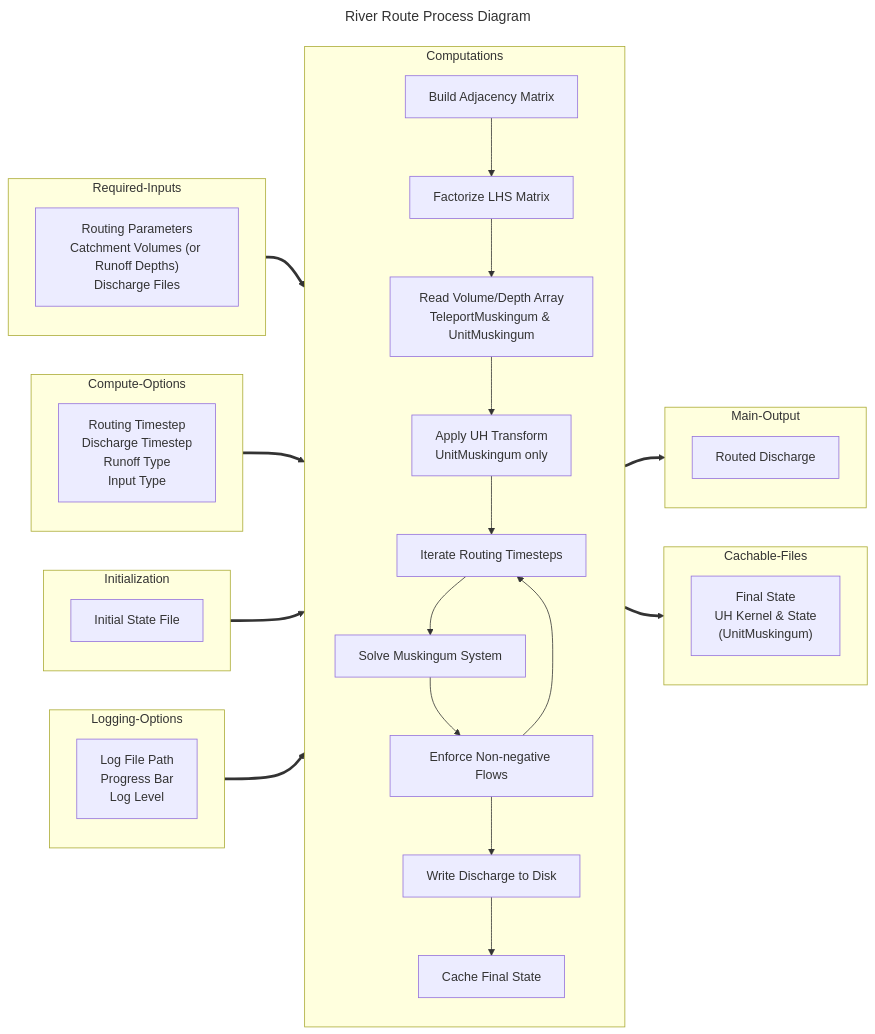
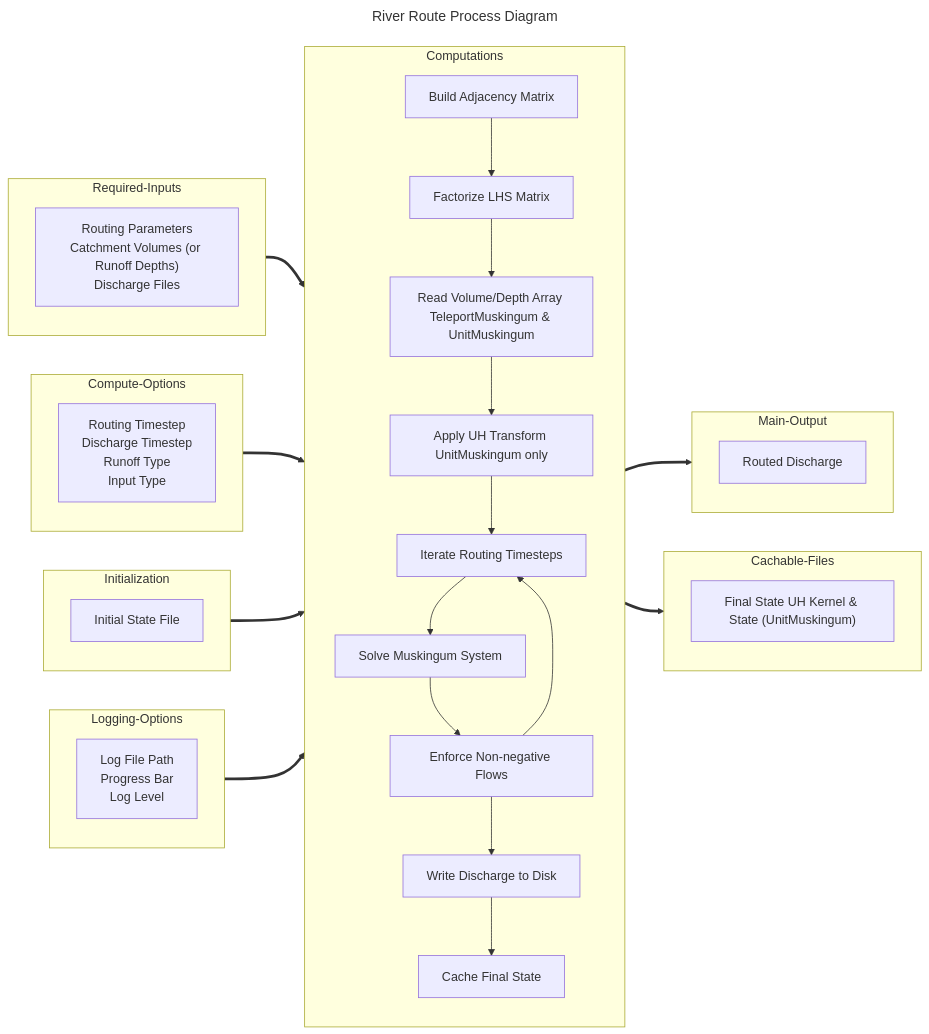
One commit to rileyhales/river-route changed the first of 3 diagrams in docs/index.md. Above: the diagram before and after it, drawn with Mermaid. The commit also changed other lines of this file and 15 other files, not shown here.

````diff
--- a/docs/index.md
+++ b/docs/index.md
@@ -40,45 +40,45 @@
 ```mermaid
 ---
 title: River Route Process Diagram
 ---
 graph LR
     subgraph "Required-Inputs"
         Inputs["Routing Parameters\nCatchment Volumes (or Runoff Depths)\nDischarge Files"]
     end
 
     subgraph "Compute-Options"
         co1["Routing Timestep\nDischarge Timestep\nRunoff Type\nInput Type"]
     end
 
     subgraph "Initialization"
         i1["Initial State File"]
     end
 
     subgraph "Logging-Options"
         management["Log File Path\nProgress Bar\nLog Level"]
     end
 
     subgraph "Computations"
     direction TB
     a[Build Adjacency Matrix] --> b
     b[Factorize LHS Matrix] --> c
-    c[Read Volume/Depth Array\nTeleportMuskingum & UnitMuskingum] --> d
-    d[Apply UH Transform\nUnitMuskingum only] --> e
+    c[Read Volume/Depth Array TeleportMuskingum & UnitMuskingum] --> d
+    d[Apply UH Transform UnitMuskingum only] --> e
     e[Iterate Routing Timesteps] --> f
     f[Solve Muskingum System] --> g
     g[Enforce Non-negative Flows] --> h & e
     h[Write Discharge to Disk] --> i
     i[Cache Final State]
     end
 
     subgraph "Main-Output"
     Result[Routed Discharge]
     end
 
     subgraph "Cachable-Files"
-    CachedFiles["Final State\nUH Kernel & State\n(UnitMuskingum)"]
+    CachedFiles["Final State UH Kernel & State (UnitMuskingum)"]
     end
 
     Required-Inputs & Compute-Options & Initialization & Logging-Options ==> Computations
     Computations ==> Main-Output & Cachable-Files
 ```
````
